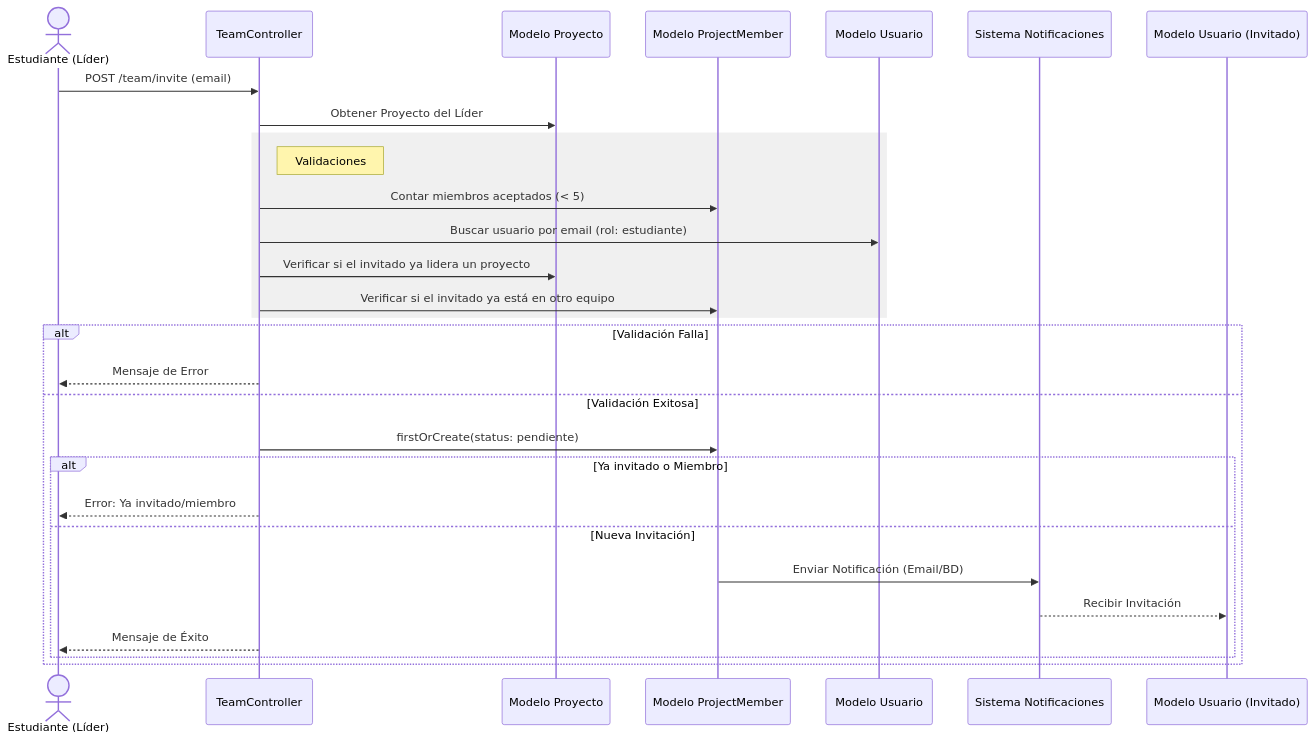
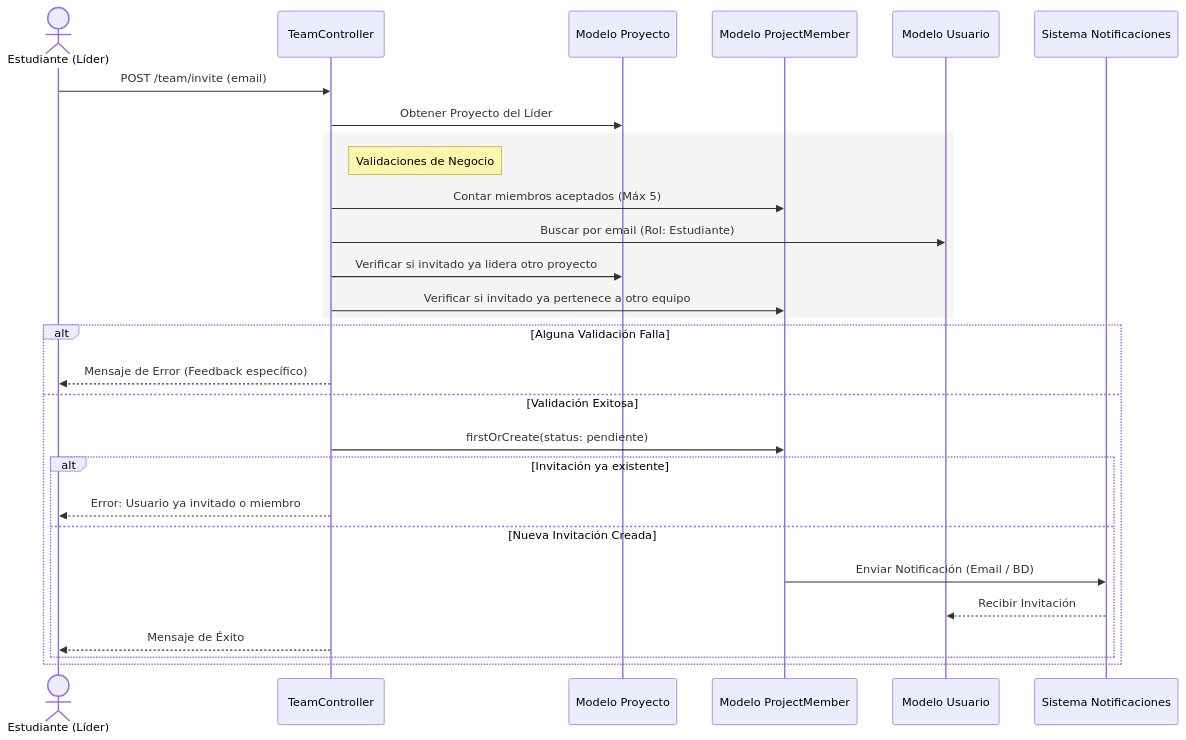
One commit to HFernandoCR/WebAtoon changed the second of 6 diagrams in README.md. Above: the diagram before and after it, drawn with Mermaid. The commit also changed other lines of this file, not shown here.

````diff
--- a/README.md
+++ b/README.md
@@ -114,34 +112,34 @@
 ```mermaid
 sequenceDiagram
     actor Lider as Estudiante (Líder)
     participant TeamController
-    participant Modelo Proyecto
-    participant Modelo ProjectMember
-    participant Modelo Usuario
-    participant Sistema Notificaciones
+    participant Proyecto as Modelo Proyecto
+    participant Miembro as Modelo ProjectMember
+    participant Usuario as Modelo Usuario
+    participant SistemaNotif as Sistema Notificaciones
 
     Lider->>TeamController: POST /team/invite (email)
-    TeamController->>Modelo Proyecto: Obtener Proyecto del Líder
+    TeamController->>Proyecto: Obtener Proyecto del Líder
     
-    rect rgb(240, 240, 240)
-        note right of TeamController: Validaciones
-        TeamController->>Modelo ProjectMember: Contar miembros aceptados (< 5)
-        TeamController->>Modelo Usuario: Buscar usuario por email (rol: estudiante)
-        TeamController->>Modelo Proyecto: Verificar si el invitado ya lidera un proyecto
-        TeamController->>Modelo ProjectMember: Verificar si el invitado ya está en otro equipo
+    rect rgb(245, 245, 245)
+        note right of TeamController: Validaciones de Negocio
+        TeamController->>Miembro: Contar miembros aceptados (Máx 5)
+        TeamController->>Usuario: Buscar por email (Rol: Estudiante)
+        TeamController->>Proyecto: Verificar si invitado ya lidera otro proyecto
+        TeamController->>Miembro: Verificar si invitado ya pertenece a otro equipo
     end
     
-    alt Validación Falla
-        TeamController-->>Lider: Mensaje de Error
+    alt Alguna Validación Falla
+        TeamController-->>Lider: Mensaje de Error (Feedback específico)
     else Validación Exitosa
-        TeamController->>Modelo ProjectMember: firstOrCreate(status: pendiente)
+        TeamController->>Miembro: firstOrCreate(status: pendiente)
         
-        alt Ya invitado o Miembro
-            TeamController-->>Lider: Error: Ya invitado/miembro
-        else Nueva Invitación
-            Modelo ProjectMember->>Sistema Notificaciones: Enviar Notificación (Email/BD)
-            Sistema Notificaciones-->>Modelo Usuario (Invitado): Recibir Invitación
+        alt Invitación ya existente
+            TeamController-->>Lider: Error: Usuario ya invitado o miembro
+        else Nueva Invitación Creada
+            Miembro->>SistemaNotif: Enviar Notificación (Email / BD)
+            SistemaNotif-->>Usuario: Recibir Invitación
             TeamController-->>Lider: Mensaje de Éxito
         end
     end
 ```
````
